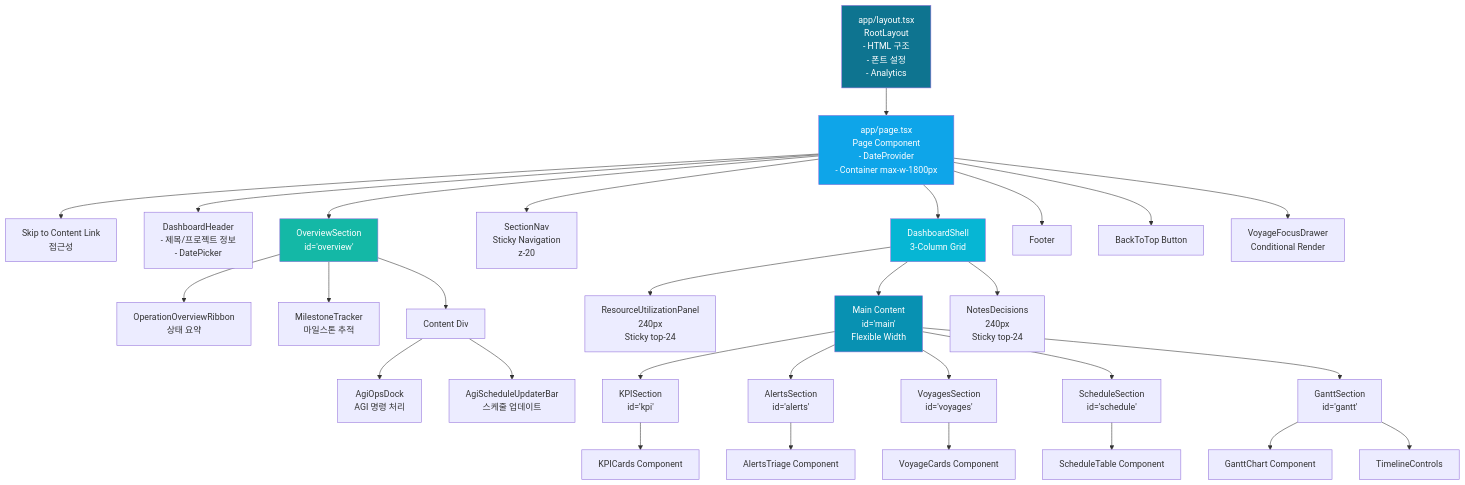
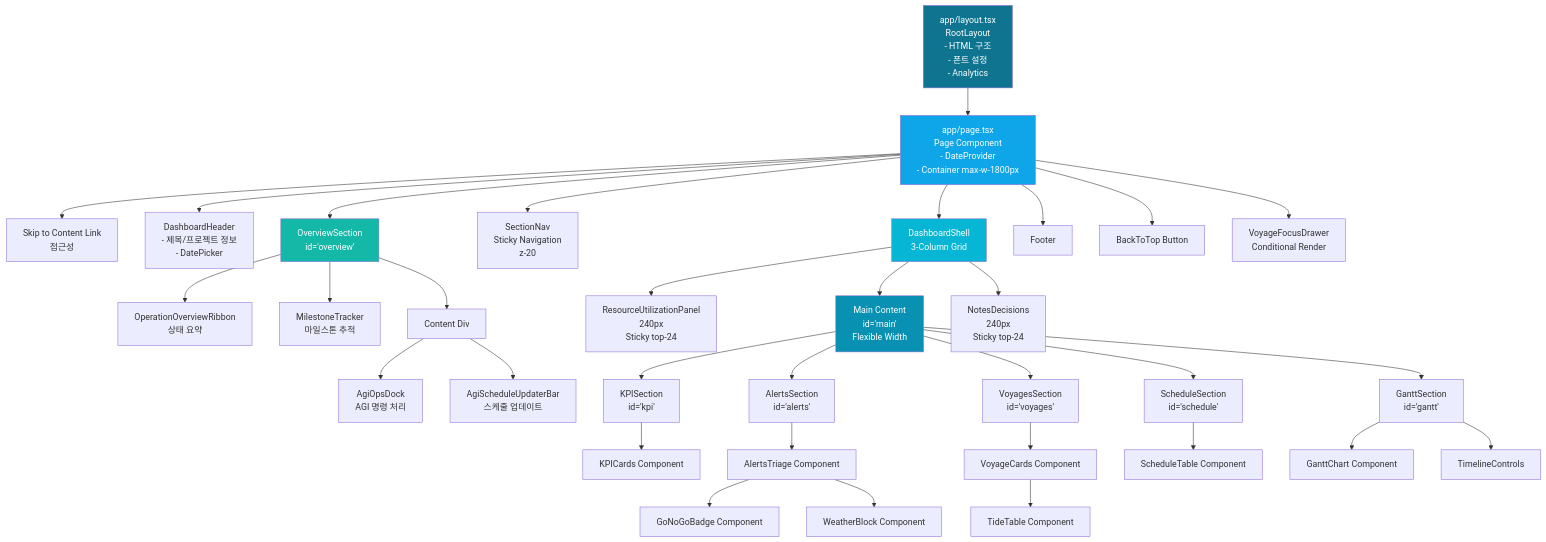
Before and after one commit to macho715/tr_dashboard: the first of 2 diagrams in docs/LAYOUT.md, drawn with Mermaid. The commit also changed other lines of this file and 71 other files, not shown here.

````diff
--- a/docs/LAYOUT.md
+++ b/docs/LAYOUT.md
@@ -39,43 +39,46 @@
 ```mermaid
 graph TB
     RootLayout[app/layout.tsx<br/>RootLayout<br/>- HTML 구조<br/>- 폰트 설정<br/>- Analytics]
     RootLayout --> Page[app/page.tsx<br/>Page Component<br/>- DateProvider<br/>- Container max-w-1800px]
     
     Page --> SkipLink[Skip to Content Link<br/>접근성]
     Page --> Header[DashboardHeader<br/>- 제목/프로젝트 정보<br/>- DatePicker]
     Page --> Overview[OverviewSection<br/>id='overview']
     Page --> SectionNav[SectionNav<br/>Sticky Navigation<br/>z-20]
     Page --> DashboardShell[DashboardShell<br/>3-Column Grid]
     Page --> Footer[Footer]
     Page --> BackToTop[BackToTop Button]
     Page --> VoyageDrawer[VoyageFocusDrawer<br/>Conditional Render]
     
     Overview --> OverviewRibbon[OperationOverviewRibbon<br/>상태 요약]
     Overview --> MilestoneTracker[MilestoneTracker<br/>마일스톤 추적]
     Overview --> ContentDiv[Content Div]
     ContentDiv --> AgiOpsDock[AgiOpsDock<br/>AGI 명령 처리]
     ContentDiv --> AgiScheduleUpdater[AgiScheduleUpdaterBar<br/>스케줄 업데이트]
     
     DashboardShell --> LeftPanel[ResourceUtilizationPanel<br/>240px<br/>Sticky top-24]
     DashboardShell --> MainContent[Main Content<br/>id='main'<br/>Flexible Width]
     DashboardShell --> RightPanel[NotesDecisions<br/>240px<br/>Sticky top-24]
     
     MainContent --> KPISection[KPISection<br/>id='kpi']
     MainContent --> AlertsSection[AlertsSection<br/>id='alerts']
     MainContent --> VoyagesSection[VoyagesSection<br/>id='voyages']
     MainContent --> ScheduleSection[ScheduleSection<br/>id='schedule']
     MainContent --> GanttSection[GanttSection<br/>id='gantt']
     
     KPISection --> KPICards[KPICards Component]
     AlertsSection --> AlertsTriage[AlertsTriage Component]
+    AlertsTriage --> GoNoGoBadge[GoNoGoBadge Component]
+    AlertsTriage --> WeatherBlock[WeatherBlock Component]
     VoyagesSection --> VoyageCards[VoyageCards Component]
+    VoyageCards --> TideTable[TideTable Component]
     ScheduleSection --> ScheduleTable[ScheduleTable Component]
     GanttSection --> GanttChart[GanttChart Component]
     GanttSection --> TimelineControls[TimelineControls]
     
     style RootLayout fill:#0e7490,color:#fff
     style Page fill:#0ea5e9,color:#fff
     style DashboardShell fill:#06b6d4,color:#fff
     style Overview fill:#14b8a6,color:#fff
     style MainContent fill:#0891b2,color:#fff
 ```
````
